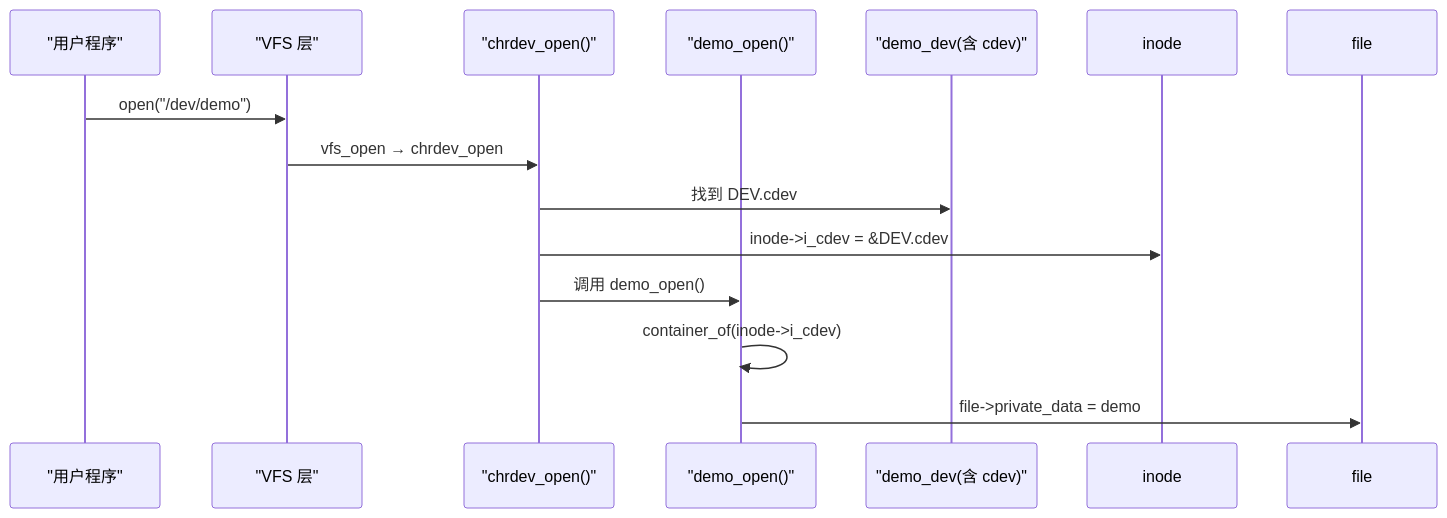
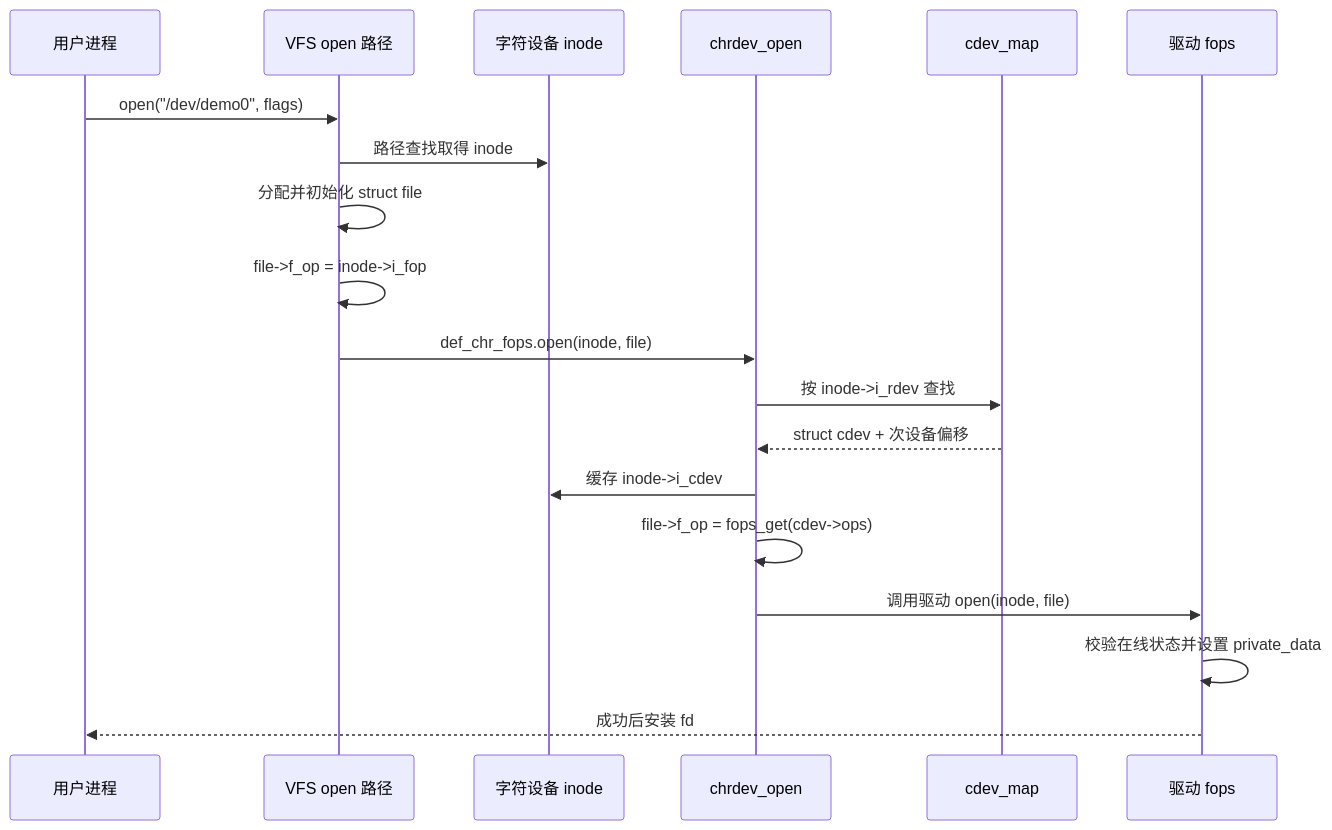
Before and after one commit to FormingSystem/linux_note: the second of 4 diagrams in knowledge/driver_model/character_device/P03_打开路径与文件操作.md, drawn with Mermaid. The commit also changed other lines of this file and 41 other files, not shown here.

````diff
--- a/knowledge/driver_model/character_device/P03_打开路径与文件操作.md
+++ b/knowledge/driver_model/character_device/P03_打开路径与文件操作.md
@@ -76,16 +63,22 @@
 ```mermaid
 sequenceDiagram
-    participant 用户 as "用户程序"
-    participant VFS as "VFS 层"
-    participant CHR as "chrdev_open()"
-    participant 驱动 as "demo_open()"
-    participant DEV as "demo_dev(含 cdev)"
+    participant U as 用户进程
+    participant V as VFS open 路径
+    participant I as 字符设备 inode
+    participant C as chrdev_open
+    participant M as cdev_map
+    participant D as 驱动 fops
 
-    用户->>VFS: open("/dev/demo")
-    VFS->>CHR: vfs_open → chrdev_open
-    CHR->>DEV: 找到 DEV.cdev
-    CHR->>inode: inode->i_cdev = &DEV.cdev
-    CHR->>驱动: 调用 demo_open()
-    驱动->>驱动: container_of(inode->i_cdev)
-    驱动->>file: file->private_data = demo
+    U->>V: open("/dev/demo0", flags)
+    V->>I: 路径查找取得 inode
+    V->>V: 分配并初始化 struct file
+    V->>V: file->f_op = inode->i_fop
+    V->>C: def_chr_fops.open(inode, file)
+    C->>M: 按 inode->i_rdev 查找
+    M-->>C: struct cdev + 次设备偏移
+    C->>I: 缓存 inode->i_cdev
+    C->>C: file->f_op = fops_get(cdev->ops)
+    C->>D: 调用驱动 open(inode, file)
+    D->>D: 校验在线状态并设置 private_data
+    D-->>U: 成功后安装 fd
 ```
````
